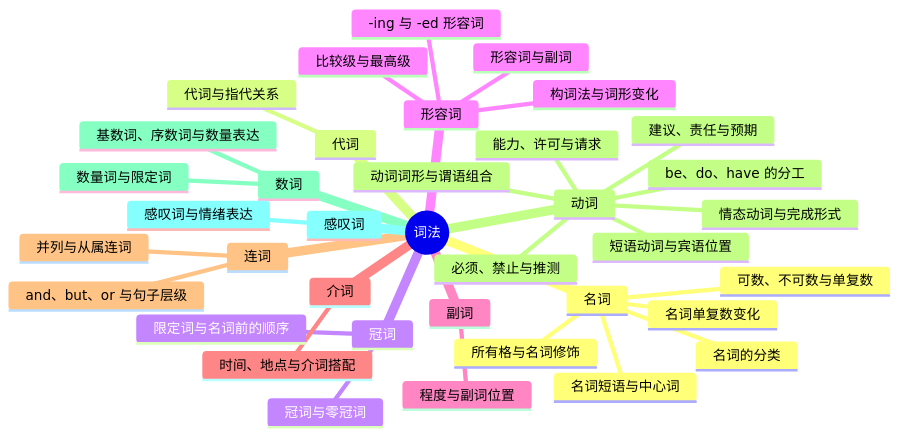
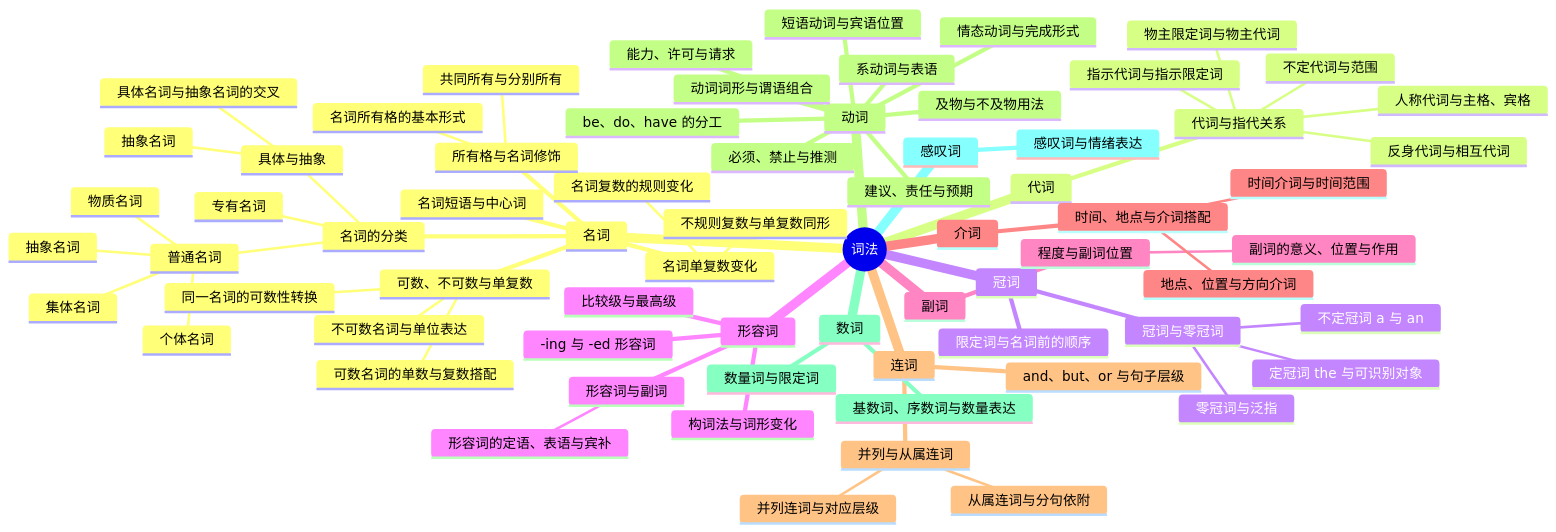
The second of 11 diagrams in grammar-mindmaps.md (FitzLeewenlei/grammar), drawn with Mermaid before and after one commit. The commit also changed other lines of this file and 14 other files, not shown here.

````diff
--- a/grammar-mindmaps.md
+++ b/grammar-mindmaps.md
@@ -24,40 +24,72 @@
 ```mermaid
 mindmap
   root((词法))
     名词
       名词的分类
+        专有名词
+        普通名词
+          个体名词
+          集体名词
+          物质名词
+          抽象名词
+        具体与抽象
+          具体名词与抽象名词的交叉
+          抽象名词
       可数、不可数与单复数
+        可数名词的单数与复数搭配
+        不可数名词与单位表达
+        同一名词的可数性转换
       名词单复数变化
+        名词复数的规则变化
+        不规则复数与单复数同形
       所有格与名词修饰
+        名词所有格的基本形式
+        共同所有与分别所有
       名词短语与中心词
     代词
       代词与指代关系
+        人称代词与主格、宾格
+        物主限定词与物主代词
+        反身代词与相互代词
+        不定代词与范围
+        指示代词与指示限定词
     冠词
       冠词与零冠词
+        不定冠词 a 与 an
+        定冠词 the 与可识别对象
+        零冠词与泛指
       限定词与名词前的顺序
     形容词
       形容词与副词
+        形容词的定语、表语与宾补
       -ing 与 -ed 形容词
       比较级与最高级
       构词法与词形变化
     副词
       程度与副词位置
+        副词的意义、位置与作用
     介词
       时间、地点与介词搭配
+        时间介词与时间范围
+        地点、位置与方向介词
     连词
       并列与从属连词
+        并列连词与对应层级
+        从属连词与分句依附
       and、but、or 与句子层级
     动词
       be、do、have 的分工
       能力、许可与请求
       必须、禁止与推测
       建议、责任与预期
       短语动词与宾语位置
       动词词形与谓语组合
       情态动词与完成形式
+      及物与不及物用法
+      系动词与表语
     数词
       基数词、序数词与数量表达
       数量词与限定词
     感叹词
       感叹词与情绪表达
 ```
````
